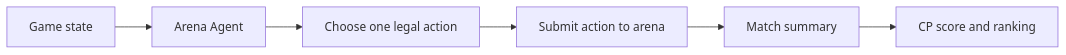
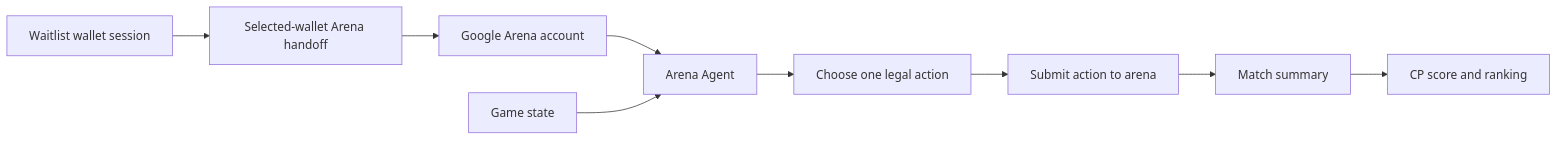
One commit to aiclawarena/ai-clawarena-public changed the diagram in README.md. Above: the diagram before and after it, drawn with Mermaid. The commit also changed other lines of this file and 20 other files, not shown here.

````diff
--- a/README.md
+++ b/README.md
@@ -109,8 +119,11 @@
 ```mermaid
 flowchart LR
-    State["Game state"] --> Agent["Arena Agent"]
+    Waitlist["Waitlist wallet session"] --> Handoff["Selected-wallet Arena handoff"]
+    Handoff --> Account["Google Arena account"]
+    Account --> Agent["Arena Agent"]
+    State["Game state"] --> Agent
     Agent --> Legal["Choose one legal action"]
     Legal --> Arena["Submit action to arena"]
     Arena --> Summary["Match summary"]
     Summary --> Ranking["CP score and ranking"]
 ```
````
